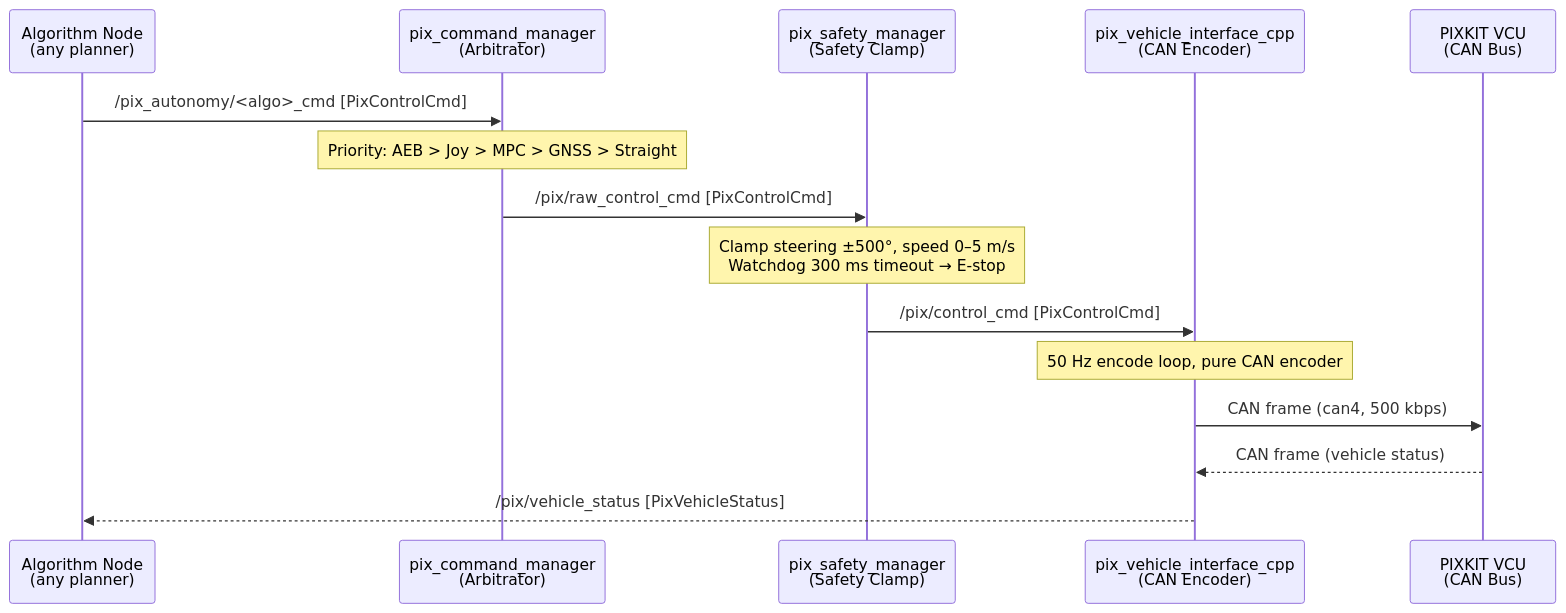
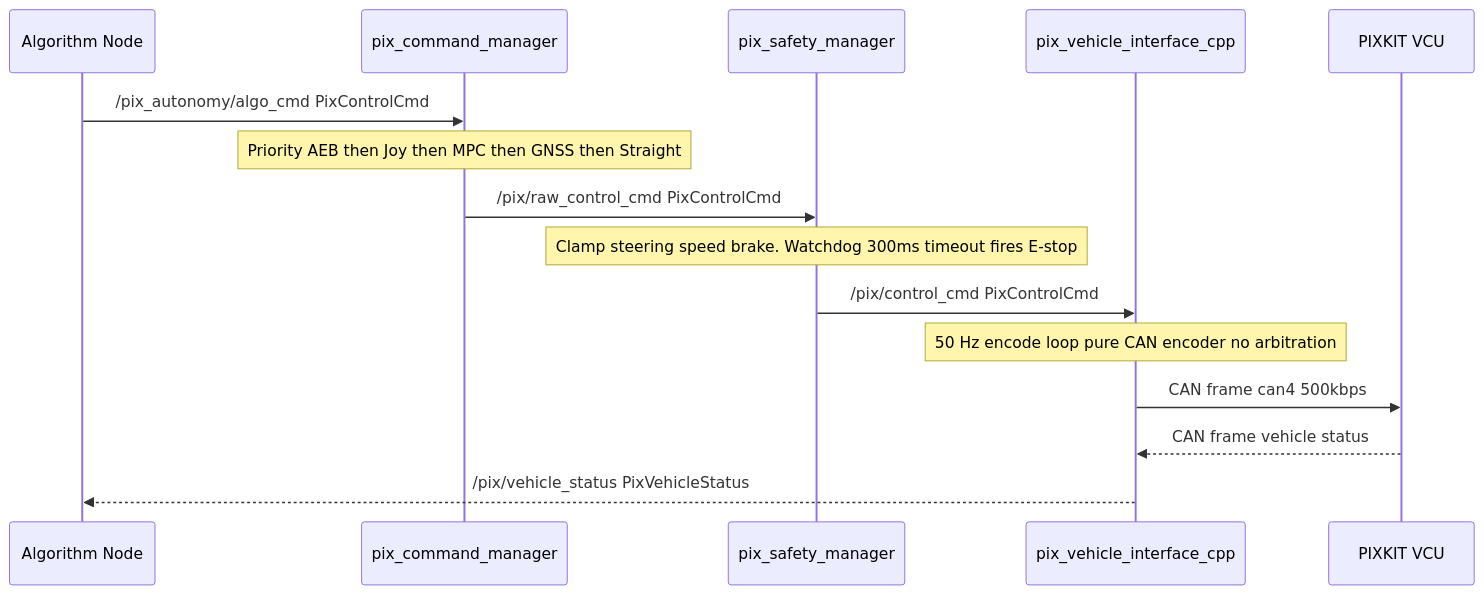
Before and after one commit to manish-gupta-in/pix_control_framework: the second of 2 diagrams in README.md, drawn with Mermaid. The commit also changed other lines of this file and 1 other file, not shown here.

Commit message:
fix: GitHub-compatible Mermaid diagrams — remove unicode, bidir arrows, \n labels

````diff
--- a/README.md
+++ b/README.md
@@ -105,18 +111,18 @@
 ```mermaid
 sequenceDiagram
-    participant A as Algorithm Node<br/>(any planner)
-    participant ARB as pix_command_manager<br/>(Arbitrator)
-    participant SAFE as pix_safety_manager<br/>(Safety Clamp)
-    participant IFACE as pix_vehicle_interface_cpp<br/>(CAN Encoder)
-    participant VCU as PIXKIT VCU<br/>(CAN Bus)
+    participant A as Algorithm Node
+    participant ARB as pix_command_manager
+    participant SAFE as pix_safety_manager
+    participant IFACE as pix_vehicle_interface_cpp
+    participant VCU as PIXKIT VCU
 
-    A->>ARB: /pix_autonomy/<algo>_cmd  [PixControlCmd]
-    Note over ARB: Priority: AEB > Joy > MPC > GNSS > Straight
-    ARB->>SAFE: /pix/raw_control_cmd  [PixControlCmd]
-    Note over SAFE: Clamp steering ±500°, speed 0–5 m/s<br/>Watchdog 300 ms timeout → E-stop
-    SAFE->>IFACE: /pix/control_cmd  [PixControlCmd]
-    Note over IFACE: 50 Hz encode loop, pure CAN encoder
-    IFACE->>VCU: CAN frame (can4, 500 kbps)
-    VCU-->>IFACE: CAN frame (vehicle status)
-    IFACE-->>A: /pix/vehicle_status  [PixVehicleStatus]
+    A->>ARB: /pix_autonomy/algo_cmd PixControlCmd
+    Note over ARB: Priority AEB then Joy then MPC then GNSS then Straight
+    ARB->>SAFE: /pix/raw_control_cmd PixControlCmd
+    Note over SAFE: Clamp steering speed brake. Watchdog 300ms timeout fires E-stop
+    SAFE->>IFACE: /pix/control_cmd PixControlCmd
+    Note over IFACE: 50 Hz encode loop pure CAN encoder no arbitration
+    IFACE->>VCU: CAN frame can4 500kbps
+    VCU-->>IFACE: CAN frame vehicle status
+    IFACE-->>A: /pix/vehicle_status PixVehicleStatus
 ```
````
